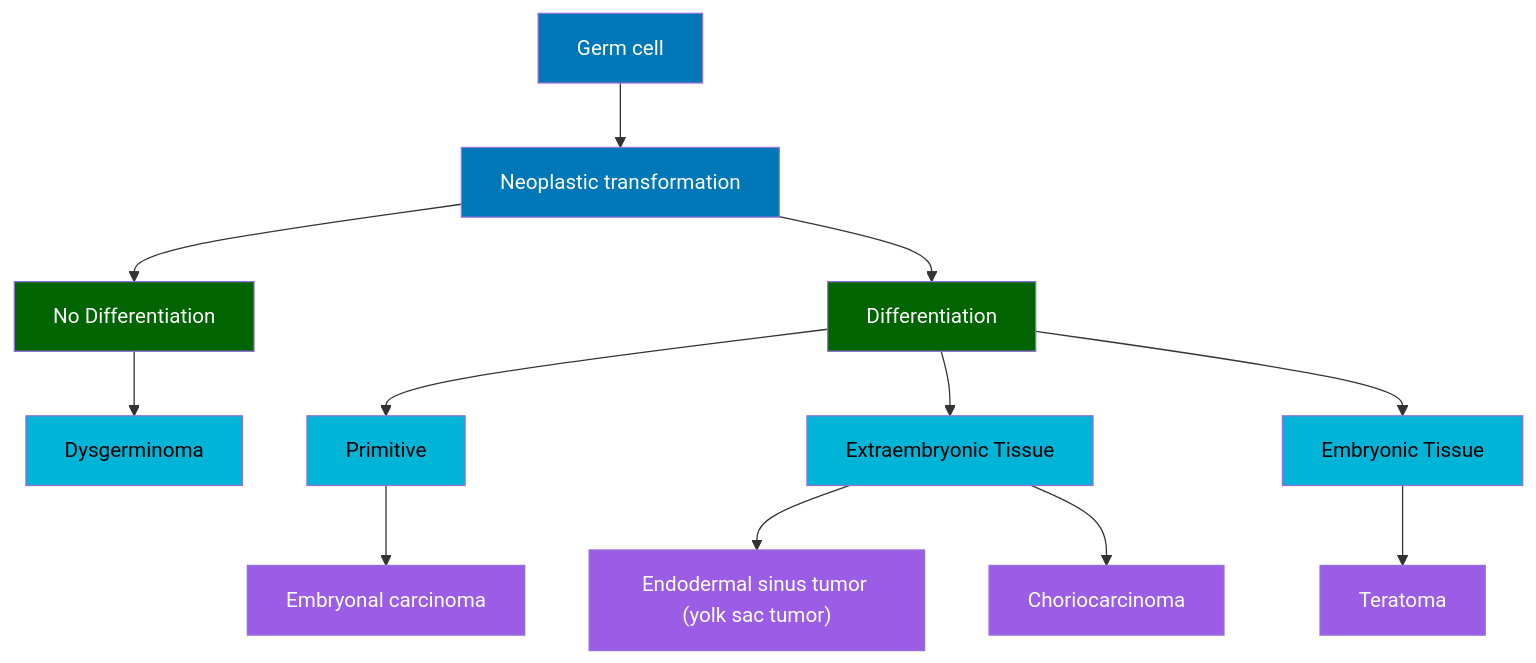
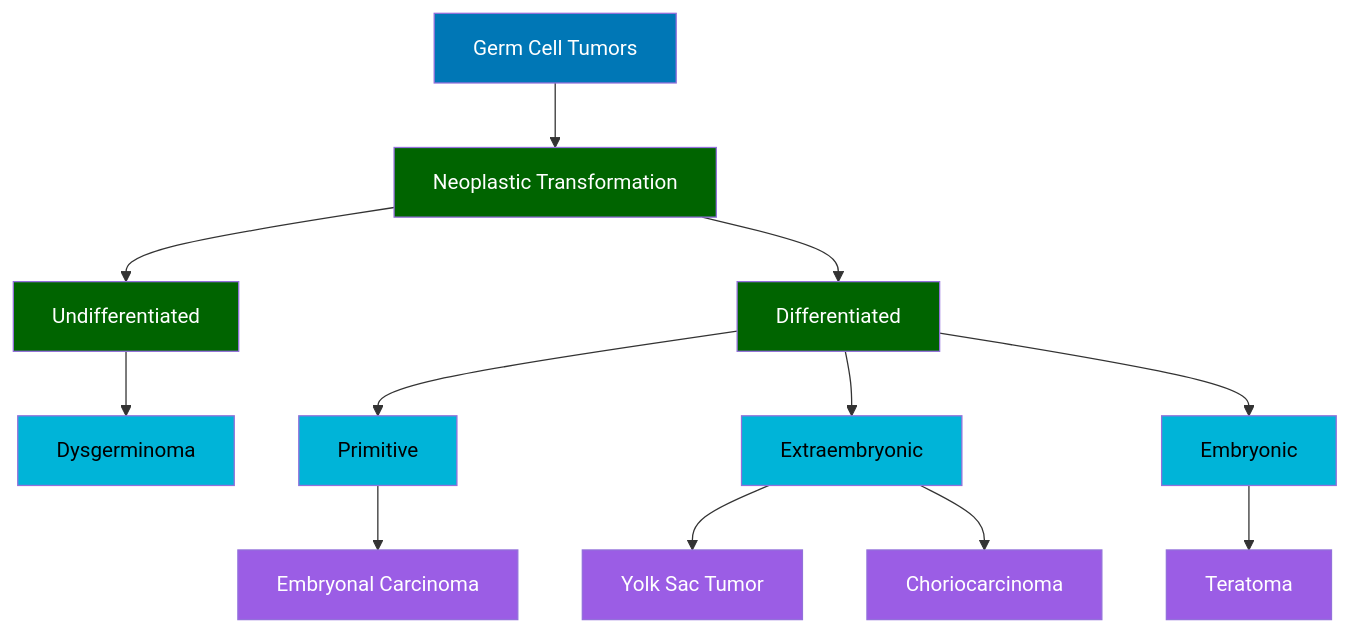
One commit to samclark2015/shiny-handouts changed the diagram in src/prompts/generate_mindmap.md. Above: the diagram before and after it, drawn with Mermaid. The commit also changed other lines of this file, not shown here.

Commit message:
feat: Revise mindmap generation instructions for clarity and consistency

````diff
--- a/src/prompts/generate_mindmap.md
+++ b/src/prompts/generate_mindmap.md
@@ -24,25 +27,24 @@
 ```mermaid
 graph TD
-  A["Germ cell"] --> B["Neoplastic transformation"]
-  B --> C["No Differentiation"]
-  B --> D["Differentiation"]
+  A["Germ Cell Tumors"] --> B["Neoplastic Transformation"]
+  B --> C["Undifferentiated"]
+  B --> D["Differentiated"]
   C --> E["Dysgerminoma"]
   D --> F["Primitive"]
-  D --> G["Extraembryonic Tissue"]
-  D --> H["Embryonic Tissue"]
-  F --> I["Embryonal carcinoma"]
-  G --> J["Endodermal sinus tumor (yolk sac tumor)"]
+  D --> G["Extraembryonic"]
+  D --> H["Embryonic"]
+  F --> I["Embryonal Carcinoma"]
+  G --> J["Yolk Sac Tumor"]
   G --> K["Choriocarcinoma"]
   H --> L["Teratoma"]
 
-  %% Color styling
   classDef root fill:#0077b6,color:white;
   classDef major fill:#006400,color:white;
   classDef minor fill:#00b4d8,color:black;
   classDef leaf fill:#9b5de5,color:white;
 
-  class A,B root;
-  class C,D major;
+  class A root;
+  class B,C,D major;
   class E,F,G,H minor;
   class I,J,K,L leaf;
 ```
````
